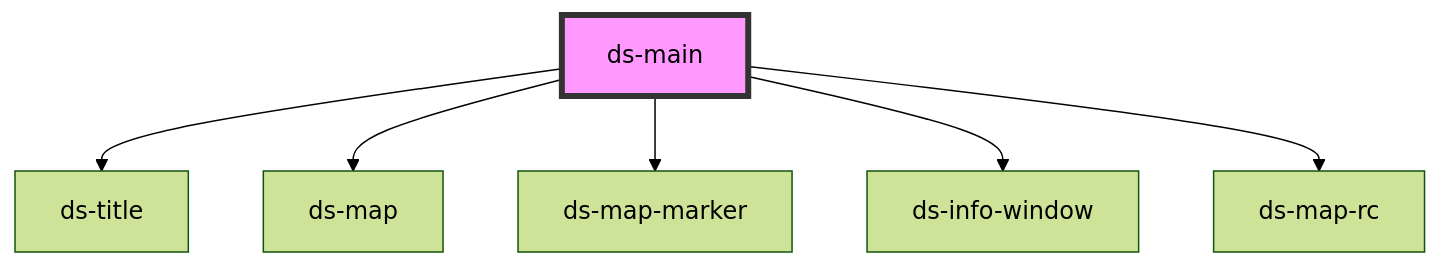
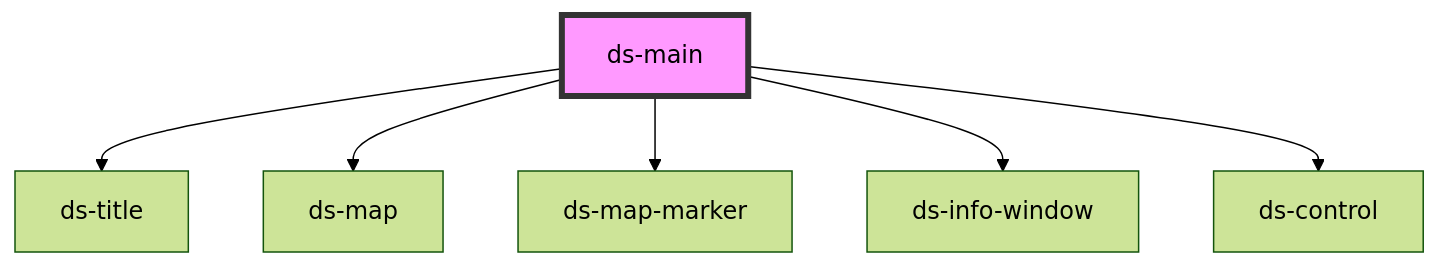
The diagram in components/readme.md (jezoock/dot-stash), drawn with Mermaid (forest theme) before and after one commit. The commit also changed other lines of this file and 14 other files, not shown here.

````diff
--- a/components/readme.md
+++ b/components/readme.md
@@ -32,9 +32,9 @@
 ```mermaid
 graph TD;
   ds-main --> ds-title
   ds-main --> ds-map
   ds-main --> ds-map-marker
   ds-main --> ds-info-window
-  ds-main --> ds-map-rc
+  ds-main --> ds-control
   style ds-main fill:#f9f,stroke:#333,stroke-width:4px
 ```
````
